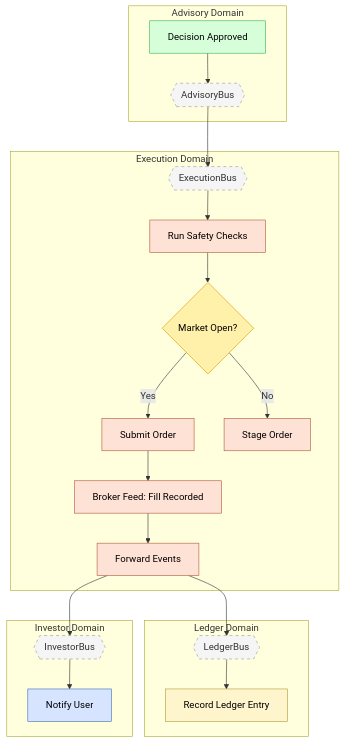
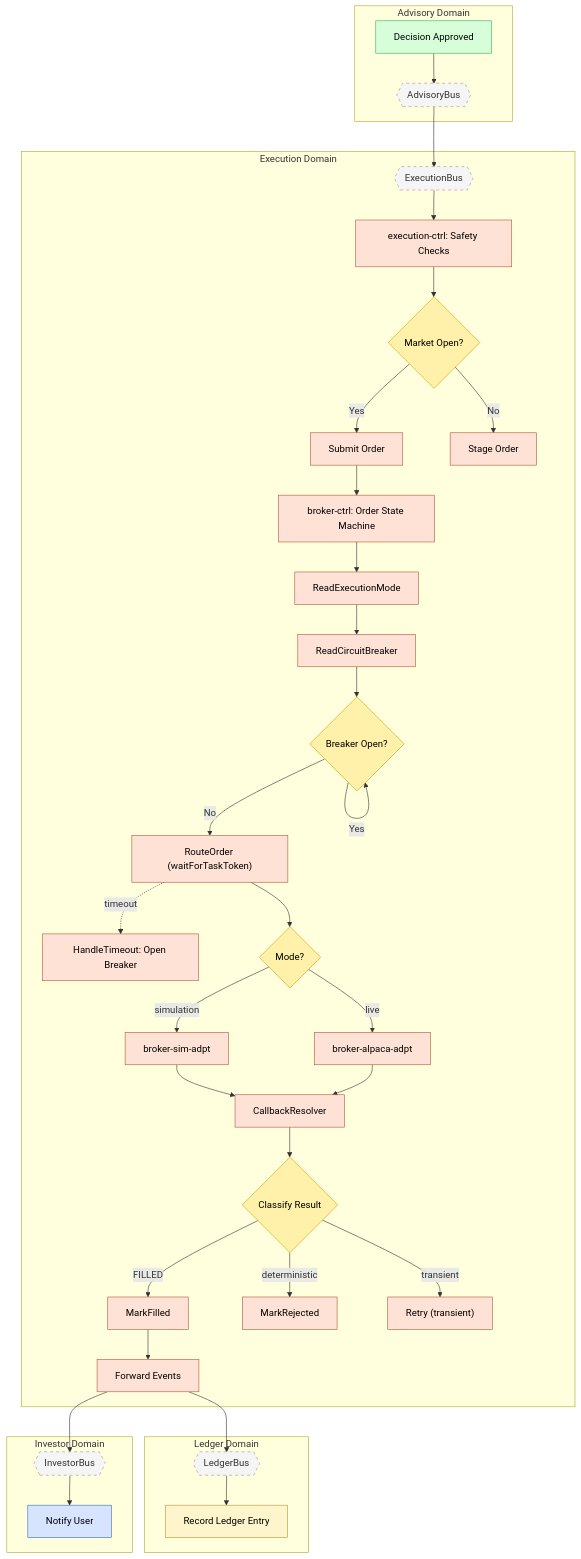
One commit to fabio-vitali/nestfolio changed the diagram in docs/data-flows/08-order-execution.md. Above: the diagram before and after it, drawn with Mermaid. The commit also changed other lines of this file and 5 other files, not shown here.

First line of the commit message:
docs: update data-flow docs for real money operations

```diff
--- a/docs/data-flows/08-order-execution.md
+++ b/docs/data-flows/08-order-execution.md
@@ -16,11 +16,24 @@
     end
     subgraph subGraph1["Execution Domain"]
         EB{{"ExecutionBus"}}
-        B1["Run Safety Checks"]
+        B1["execution-ctrl: Safety Checks"]
         B2{"Market Open?"}
         B3["Submit Order"]
         B4["Stage Order"]
-        B5["Broker Feed: Fill Recorded"]
+        SM["broker-ctrl: Order State Machine"]
+        SM1["ReadExecutionMode"]
+        SM2["ReadCircuitBreaker"]
+        SM3{"Breaker Open?"}
+        SM4["RouteOrder (waitForTaskToken)"]
+        SM5{"Classify Result"}
+        SMF["MarkFilled"]
+        SMR["MarkRejected"]
+        SMRT["Retry (transient)"]
+        SMT["HandleTimeout: Open Breaker"]
+        R1{"Mode?"}
+        SIM["broker-sim-adpt"]
+        LIVE["broker-alpaca-adpt"]
+        CB["CallbackResolver"]
         B6["Forward Events"]
     end
     subgraph subGraph2["Ledger Domain"]
@@ -37,8 +50,21 @@
     B1 --> B2
     B2 -- Yes --> B3
     B2 -- No --> B4
-    B3 --> B5
-    B5 --> B6
+    B3 --> SM
+    SM --> SM1 --> SM2 --> SM3
+    SM3 -- No --> SM4
+    SM3 -- Yes --> SM3
+    SM4 --> R1
+    R1 -- "simulation" --> SIM
+    R1 -- "live" --> LIVE
+    SIM --> CB
+    LIVE --> CB
+    CB --> SM5
+    SM5 -- FILLED --> SMF
+    SM5 -- "deterministic" --> SMR
+    SM5 -- "transient" --> SMRT
+    SM4 -. "timeout" .-> SMT
+    SMF --> B6
     B6 --> LB & IB
     LB --> C1
     IB --> D1
@@ -50,7 +76,20 @@
     B2:::decision
     B3:::execution
     B4:::execution
-    B5:::execution
+    SM:::execution
+    SM1:::execution
+    SM2:::execution
+    SM3:::decision
+    SM4:::execution
+    SM5:::decision
+    SMF:::execution
+    SMR:::execution
+    SMRT:::execution
+    SMT:::execution
+    R1:::decision
+    SIM:::execution
+    LIVE:::execution
+    CB:::execution
     B6:::execution
     LB:::bus
     C1:::ledger
```
